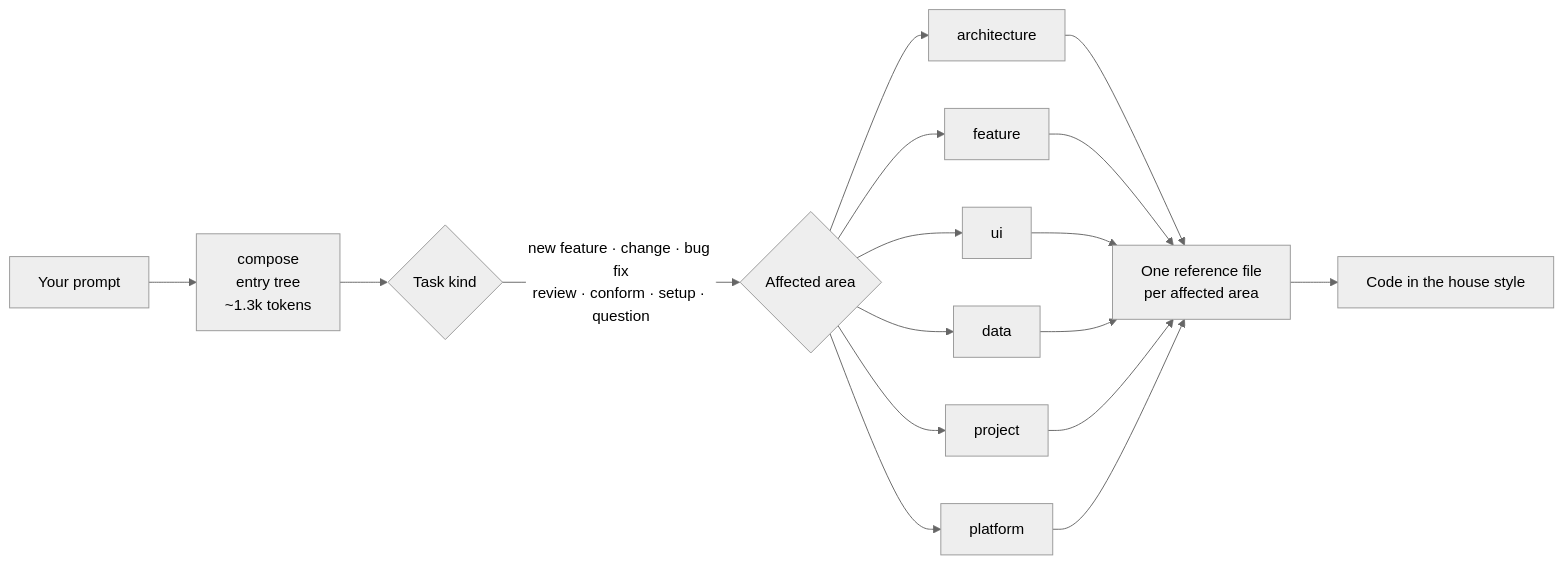
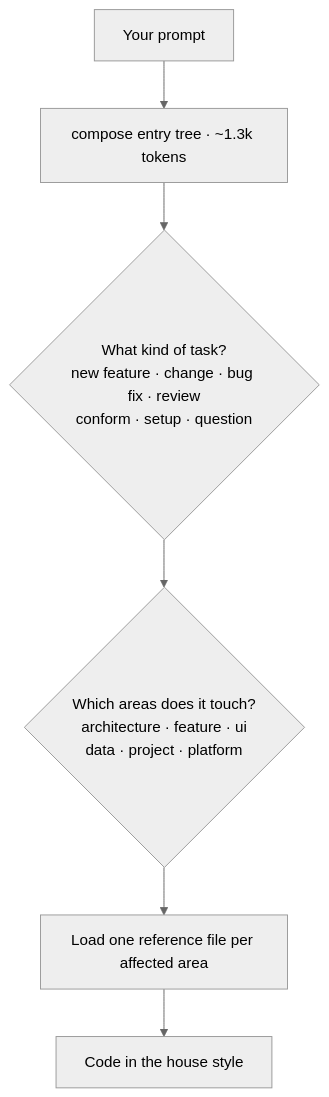
Before and after one commit to Meet-Miyani/compose-skill: the diagram in README.md, drawn with Mermaid (neutral theme). The commit also changed other lines of this file and 4 other files, not shown here.

First line of the commit message:
SEO: title 'Compose Skill (Compose Kit)', keyword intro, readable diagram, plugin listing keywords, social preview image (#12)

````diff
--- a/README.md
+++ b/README.md
@@ -66,14 +67,8 @@
 ```mermaid
-flowchart LR
-    P["Your prompt"] --> E["compose<br/>entry tree<br/>~1.3k tokens"]
-    E --> K{"Task kind"}
-    K -->|"new feature · change · bug fix<br/>review · conform · setup · question"| A{"Affected area"}
-    A --> R1["architecture"]
-    A --> R2["feature"]
-    A --> R3["ui"]
-    A --> R4["data"]
-    A --> R5["project"]
-    A --> R6["platform"]
-    R1 & R2 & R3 & R4 & R5 & R6 --> F["One reference file<br/>per affected area"]
+flowchart TD
+    P["Your prompt"] --> E["compose entry tree · ~1.3k tokens"]
+    E --> K{"What kind of task?<br/>new feature · change · bug fix · review<br/>conform · setup · question"}
+    K --> A{"Which areas does it touch?<br/>architecture · feature · ui<br/>data · project · platform"}
+    A --> F["Load one reference file per affected area"]
     F --> C["Code in the house style"]
 ```
````
